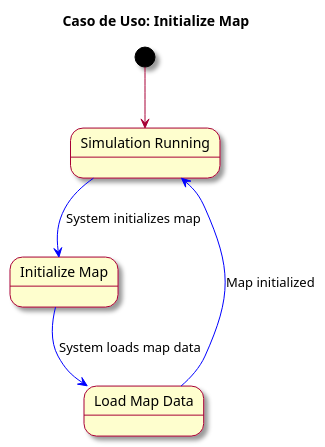
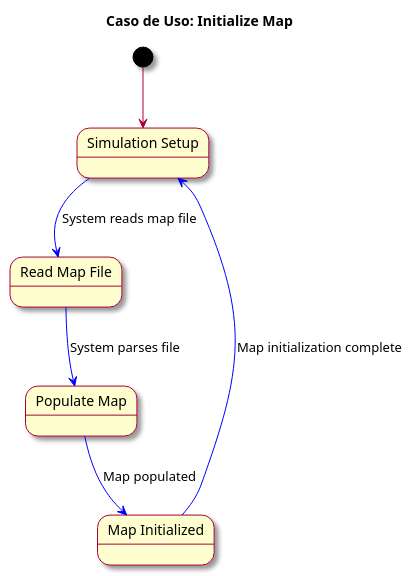
Before and after one commit to mmasias/23-24-IdSw2-SDD: the diagram in docs/casosDeUso/detalleDeCasosDeUso/initializeMap.puml, drawn with PlantUML.

Commit message:
[fix] initializeMap.puml

```diff
--- a/docs/casosDeUso/detalleDeCasosDeUso/initializeMap.puml
+++ b/docs/casosDeUso/detalleDeCasosDeUso/initializeMap.puml
@@ -1,14 +1,16 @@
 @startuml
 skin rose
 title Caso de Uso: Initialize Map
 
-state SIMULATION_RUNNING as "Simulation Running"
-state InitializeMap as "Initialize Map"
-state LoadMapData as "Load Map Data"
+state SIMULATION_SETUP as "Simulation Setup"
+state ReadFile as "Read Map File"
+state PopulateMap as "Populate Map"
+state MapInitialized as "Map Initialized"
 
-[*] --> SIMULATION_RUNNING
-SIMULATION_RUNNING -[#blue]-> InitializeMap : System initializes map
-InitializeMap -[#blue]-> LoadMapData : System loads map data
-LoadMapData -[#blue]-> SIMULATION_RUNNING : Map initialized
+[*] --> SIMULATION_SETUP
+SIMULATION_SETUP -[#blue]-> ReadFile : System reads map file
+ReadFile -[#blue]-> PopulateMap : System parses file
+PopulateMap -[#blue]-> MapInitialized : Map populated
+MapInitialized -[#blue]-> SIMULATION_SETUP : Map initialization complete
 
 @enduml
```
